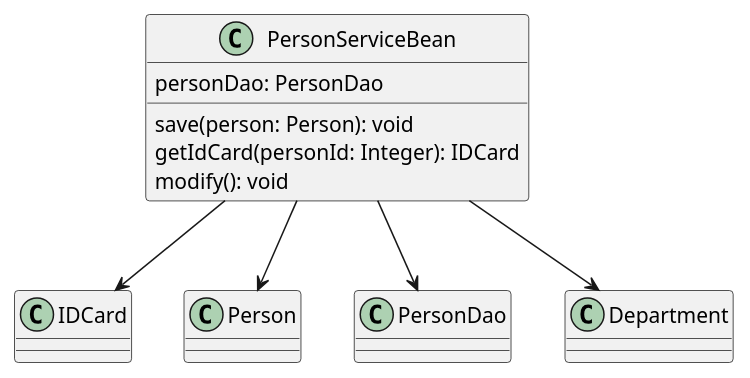
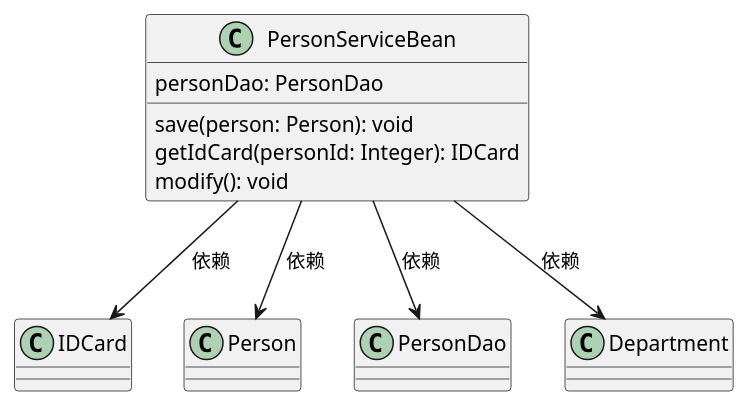
Before and after one commit to zymzz1996/design_pattern: the diagram in src/com/zym/uml/dependence/Dependence.puml, drawn with PlantUML. The commit also changed 7 other files, not shown here.

Commit message:
UML类图: 聚合关系

```diff
--- a/src/com/zym/uml/dependence/Dependence.puml
+++ b/src/com/zym/uml/dependence/Dependence.puml
@@ -1,21 +1,21 @@
 @startuml
 'https://plantuml.com/class-diagram
 '依赖关系
 
 class PersonServiceBean{
     personDao: PersonDao
     save(person: Person): void
     getIdCard(personId: Integer): IDCard
     modify(): void
 }
 class IDCard
 class Person
 class PersonDao
 class Department
 
-PersonServiceBean --> IDCard
-PersonServiceBean --> Person
-PersonServiceBean --> PersonDao
-PersonServiceBean --> Department
+PersonServiceBean --> IDCard : 依赖
+PersonServiceBean --> Person : 依赖
+PersonServiceBean --> PersonDao : 依赖
+PersonServiceBean --> Department : 依赖
 
 @enduml
```
